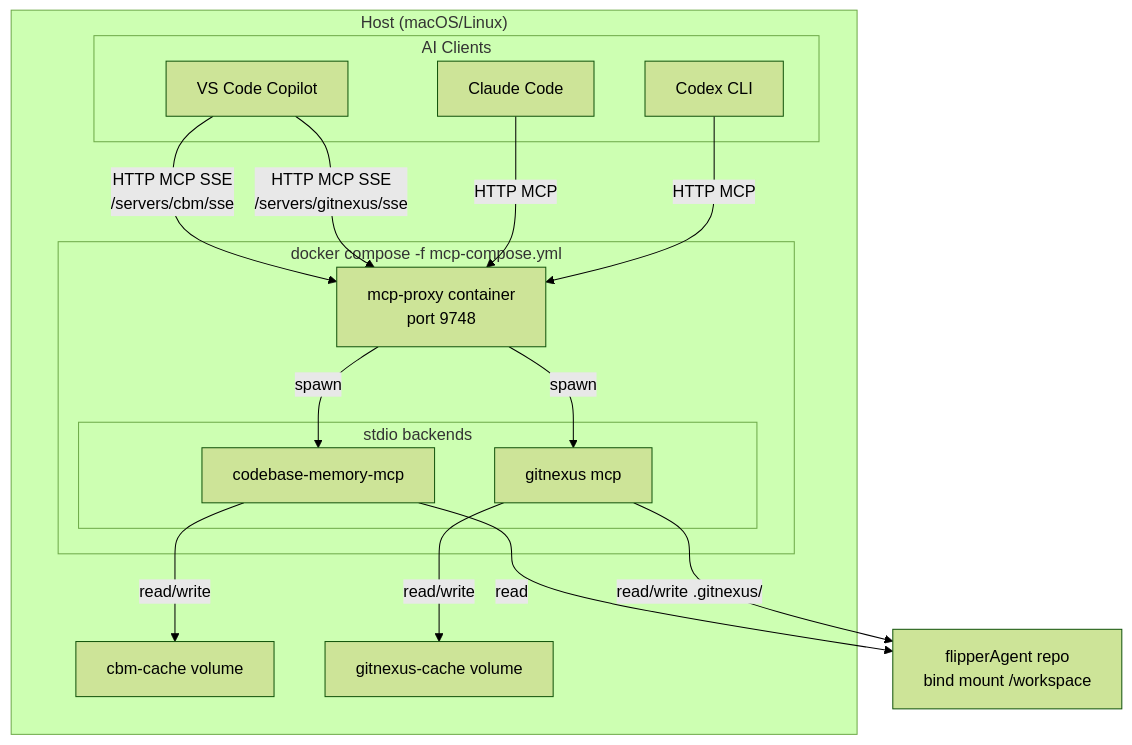
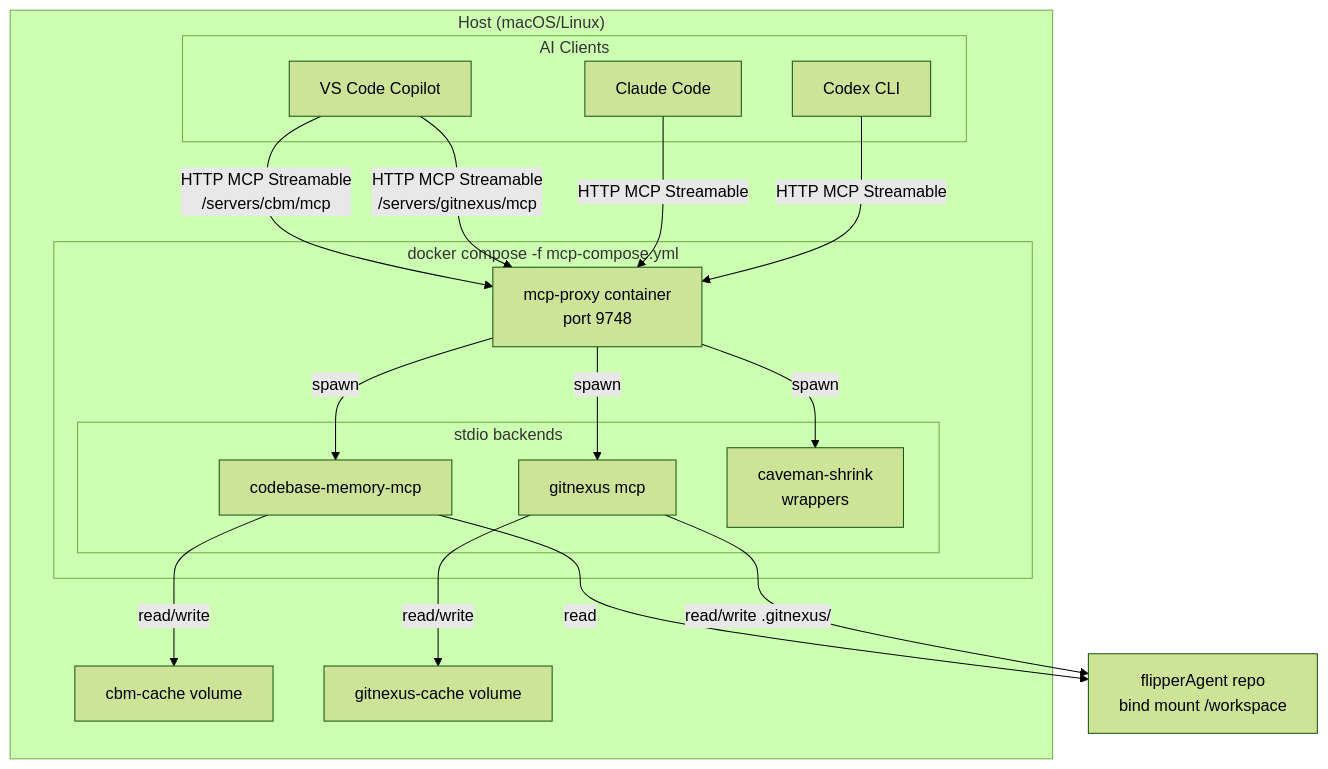
Before and after one commit to transparentCode/flipperAgent: the diagram in mcp/README.md, drawn with Mermaid (forest theme). The commit also changed other lines of this file and 7 other files, not shown here.

````diff
--- a/mcp/README.md
+++ b/mcp/README.md
@@ -7,37 +9,39 @@
 ```mermaid
 flowchart TB
     subgraph Host["Host (macOS/Linux)"]
         subgraph Clients["AI Clients"]
             VS["VS Code Copilot"]
             CC["Claude Code"]
             Codex["Codex CLI"]
         end
 
         subgraph Compose["docker compose -f mcp-compose.yml"]
             Proxy["mcp-proxy container<br/>port 9748"]
 
             subgraph Backends["stdio backends"]
                 CBM["codebase-memory-mcp"]
                 GN["gitnexus mcp"]
+                CS["caveman-shrink<br/>wrappers"]
             end
         end
 
         Vol1["cbm-cache volume"]
         Vol2["gitnexus-cache volume"]
     end
 
     Repo["flipperAgent repo<br/>bind mount /workspace"]
 
-    VS -->|HTTP MCP SSE<br/>/servers/cbm/sse| Proxy
-    VS -->|HTTP MCP SSE<br/>/servers/gitnexus/sse| Proxy
-    CC -->|HTTP MCP| Proxy
-    Codex -->|HTTP MCP| Proxy
+    VS -->|HTTP MCP Streamable<br/>/servers/cbm/mcp| Proxy
+    VS -->|HTTP MCP Streamable<br/>/servers/gitnexus/mcp| Proxy
+    CC -->|HTTP MCP Streamable| Proxy
+    Codex -->|HTTP MCP Streamable| Proxy
 
     Proxy -->|spawn| CBM
     Proxy -->|spawn| GN
+    Proxy -->|spawn| CS
 
     CBM -->|read/write| Vol1
     GN -->|read/write| Vol2
     CBM -->|read| Repo
     GN -->|read/write .gitnexus/| Repo
 ```
````
